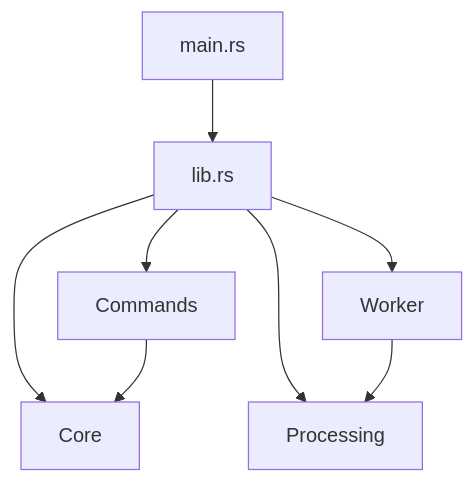
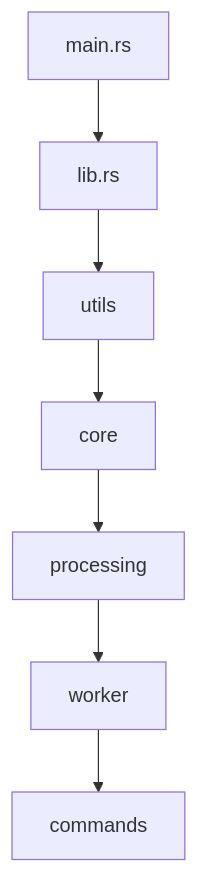
Before and after one commit to MogensenJesse/image-optimizer: the first of 2 diagrams in BACKEND.md, drawn with Mermaid. The commit also changed other lines of this file and 20 other files, not shown here.

````diff
--- a/BACKEND.md
+++ b/BACKEND.md
@@ -53,10 +50,9 @@
 ```mermaid
 graph TD
     A[main.rs] --> B[lib.rs]
-    B --> C[Commands]
-    B --> D[Core]
-    B --> E[Worker]
-    B --> F[Processing]
-    C --> D
-    E --> F
+    B --> C[utils]
+    C --> D[core]
+    D --> E[processing]
+    E --> F[worker]
+    F --> G[commands]
 ```
````
